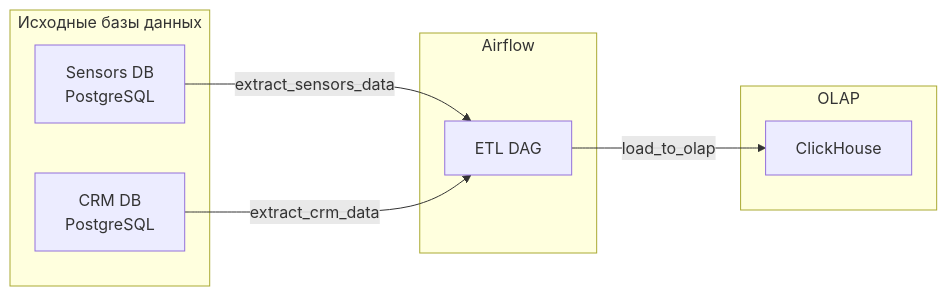
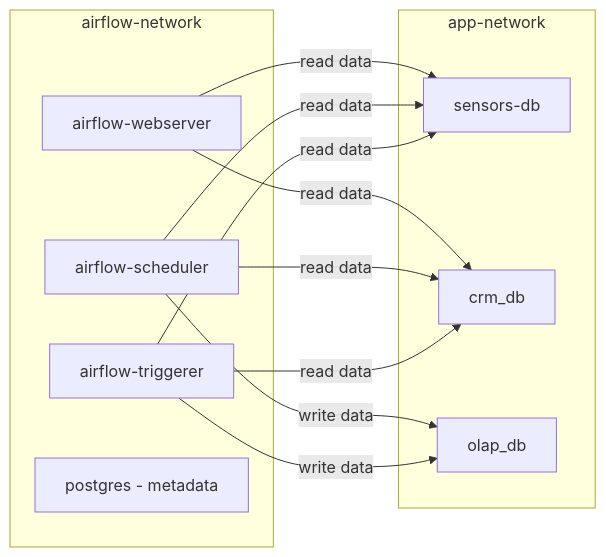
One commit to vgarmash/swa-21_architecture-pro-bionicpro-sprint9 changed the second of 3 diagrams in task2/task2_impl.md. Above: the diagram before and after it, drawn with Mermaid. The commit also changed other lines of this file and 8 other files, not shown here.

````diff
--- a/task2/task2_impl.md
+++ b/task2/task2_impl.md
@@ -25,19 +149,24 @@
 ```mermaid
 graph LR
-    subgraph "Исходные базы данных"
-        SDB[Sensors DB<br/>PostgreSQL]
-        CRM[CRM DB<br/>PostgreSQL]
+    subgraph airflow-network
+        AFW[airflow-webserver]
+        AFS[airflow-scheduler]
+        AFT[airflow-triggerer]
+        AFP[postgres - metadata]
     end
     
-    subgraph "Airflow"
-        DAG[ETL DAG]
+    subgraph app-network
+        SDB[sensors-db]
+        CRM[crm_db]
+        OLAP[olap_db]
     end
     
-    subgraph "OLAP"
-        CH[ClickHouse]
-    end
-    
-    SDB -->|extract_sensors_data| DAG
-    CRM -->|extract_crm_data| DAG
-    DAG -->|load_to_olap| CH
+    AFW -->|read data| SDB
+    AFW -->|read data| CRM
+    AFS -->|read data| SDB
+    AFS -->|read data| CRM
+    AFS -->|write data| OLAP
+    AFT -->|read data| SDB
+    AFT -->|read data| CRM
+    AFT -->|write data| OLAP
 ```
````
